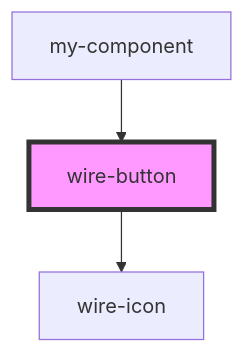
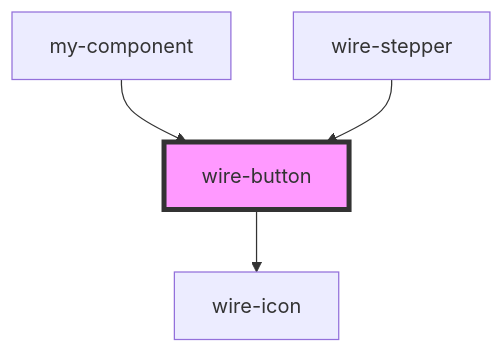
Before and after one commit to Wire-Network/wire-ui: the diagram in packages/core/src/components/wire-button/readme.md, drawn with Mermaid. The commit also changed other lines of this file and 10 other files, not shown here.

Commit message:
New Wire Stepper core component

````diff
--- a/packages/core/src/components/wire-button/readme.md
+++ b/packages/core/src/components/wire-button/readme.md
@@ -39,6 +40,7 @@
 ```mermaid
 graph TD;
   wire-button --> wire-icon
   my-component --> wire-button
+  wire-stepper --> wire-button
   style wire-button fill:#f9f,stroke:#333,stroke-width:4px
 ```
````
